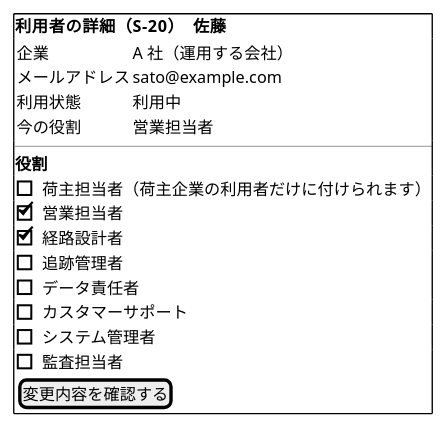
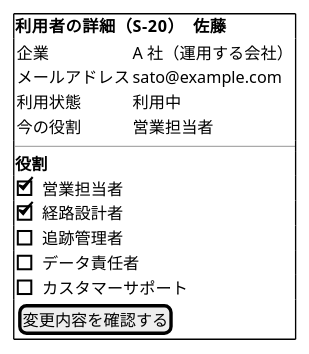
Before and after one commit to k2works/practical-domain-driven-design-in-enterpris-application: diagram 24 of 33 in docs/design/cargo-tracker/ui_design.md, drawn with PlantUML. The commit also changed other lines of this file and 32 other files, not shown here.

````diff
--- a/docs/design/cargo-tracker/ui_design.md
+++ b/docs/design/cargo-tracker/ui_design.md
@@ -1094,24 +1094,21 @@
 ```plantuml
 @startsalt
 {+
   <b>利用者の詳細（S-20）　佐藤
   {
     企業 | A 社（運用する会社）
     メールアドレス | sato@example.com
     利用状態 | 利用中
     今の役割 | 営業担当者
   }
   ---
   <b>役割
-  [ ] 荷主担当者（荷主企業の利用者だけに付けられます）
   [X] 営業担当者
   [X] 経路設計者
   [ ] 追跡管理者
   [ ] データ責任者
   [ ] カスタマーサポート
-  [ ] システム管理者
-  [ ] 監査担当者
   { [ 変更内容を確認する ] }
 }
 @endsalt
 ```
````
